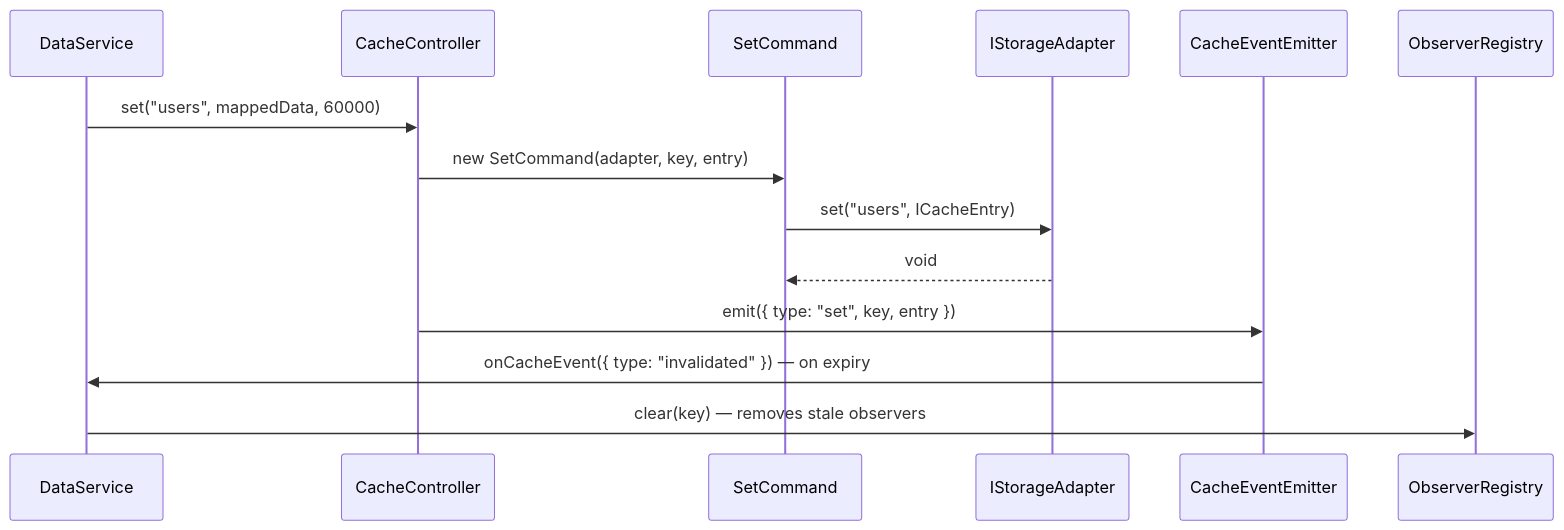
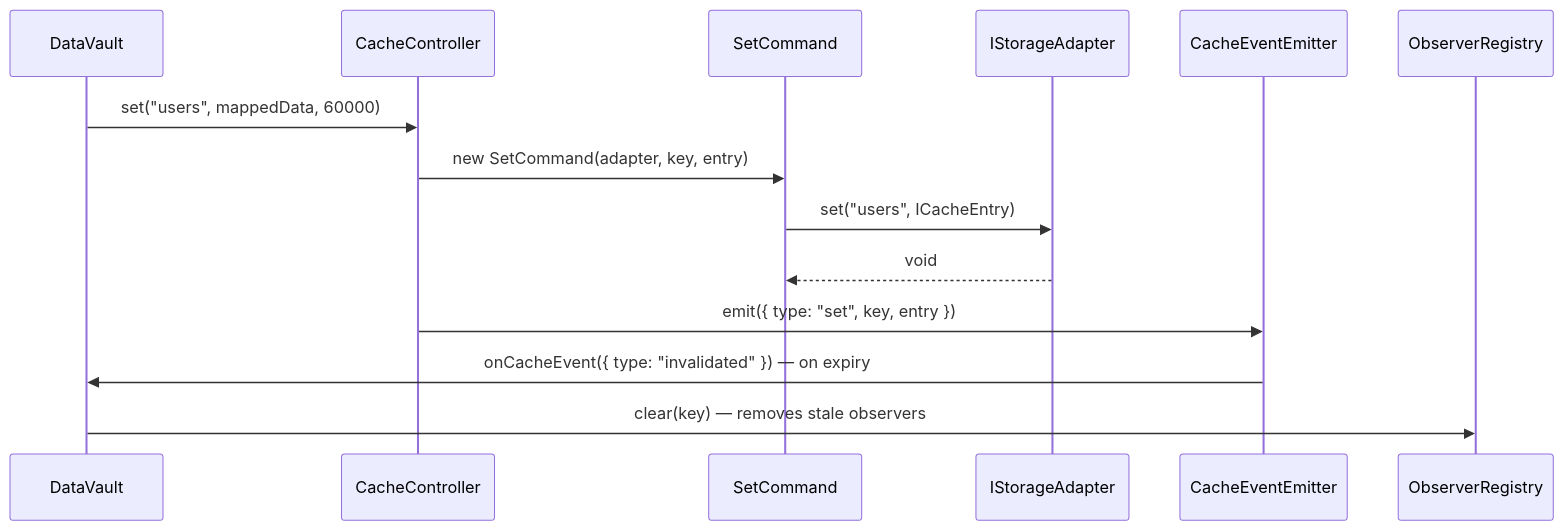
Before and after one commit to BanditIntInc/DataVault: the third of 4 diagrams in wiki/Cache-Design.md, drawn with Mermaid. The commit also changed other lines of this file and 23 other files, not shown here.

Commit message:
refactor: rename DataService → DataVault throughout

````diff
--- a/wiki/Cache-Design.md
+++ b/wiki/Cache-Design.md
@@ -157,17 +157,17 @@
 ```mermaid
 sequenceDiagram
-    participant DS as DataService
+    participant DS as DataVault
     participant CC as CacheController
     participant CMD as SetCommand
     participant AD as IStorageAdapter
     participant EE as CacheEventEmitter
     participant OR as ObserverRegistry
 
     DS->>CC: set("users", mappedData, 60000)
     CC->>CMD: new SetCommand(adapter, key, entry)
     CMD->>AD: set("users", ICacheEntry)
     AD-->>CMD: void
     CC->>EE: emit({ type: "set", key, entry })
     EE->>DS: onCacheEvent({ type: "invalidated" }) — on expiry
     DS->>OR: clear(key) — removes stale observers
 ```
````
